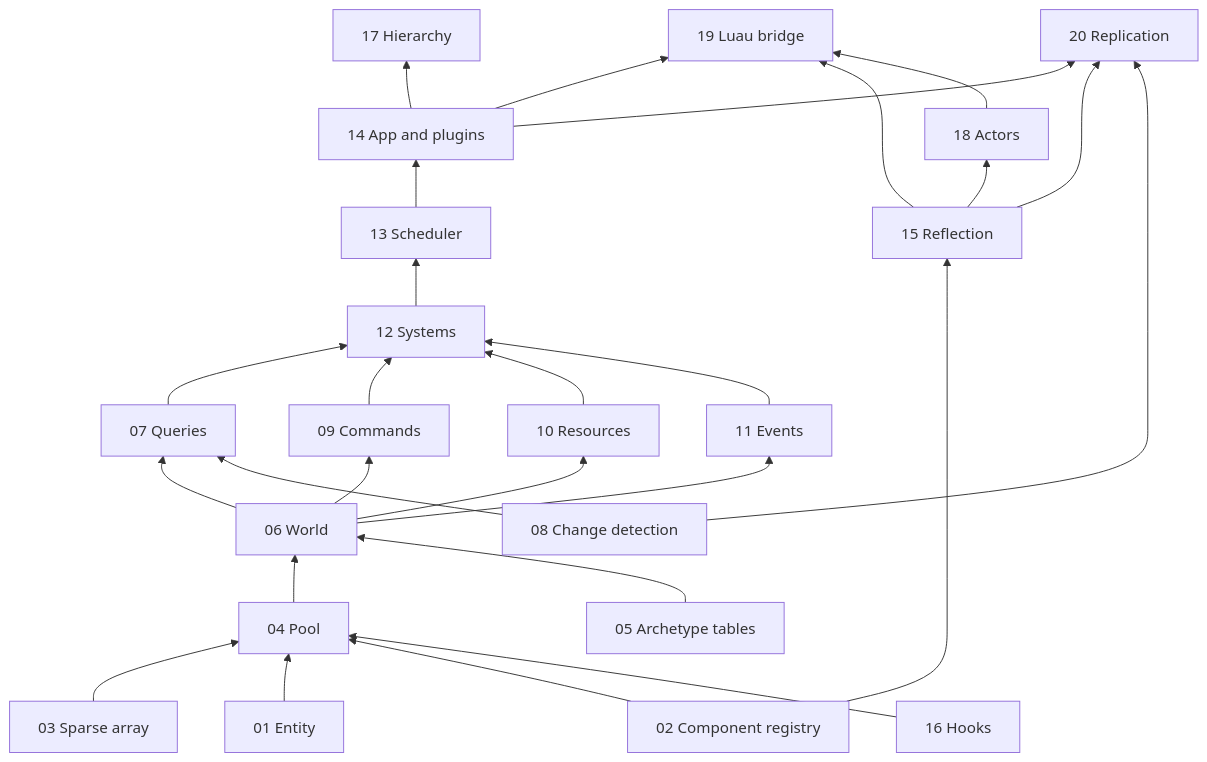
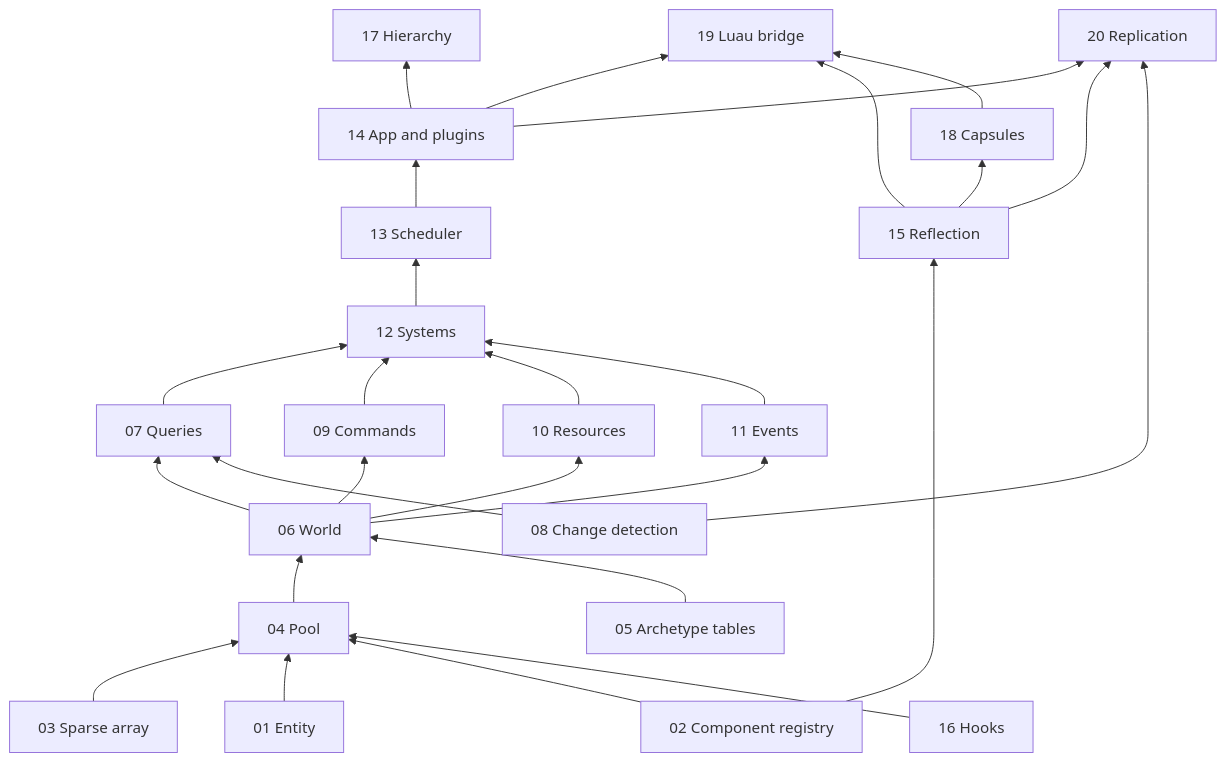
The diagram in docs/ecs/features/README.md (Charles-Mahoudeau/rtype), drawn with Mermaid before and after one commit. The commit also changed 1 other file, not shown here.

Commit message:
docs: describe the capsule format in one place

````diff
--- a/docs/ecs/features/README.md
+++ b/docs/ecs/features/README.md
@@ -48,50 +48,50 @@
 ```mermaid
 flowchart BT
     entity["01 Entity"]
     registry["02 Component registry"]
     sparse["03 Sparse array"]
     pool["04 Pool"]
     tables["05 Archetype tables"]
     world["06 World"]
     queries["07 Queries"]
     change["08 Change detection"]
     commands["09 Commands"]
     resources["10 Resources"]
     events["11 Events"]
     systems["12 Systems"]
     scheduler["13 Scheduler"]
     app["14 App and plugins"]
     reflection["15 Reflection"]
     hooks["16 Hooks"]
     hierarchy["17 Hierarchy"]
-    actors["18 Actors"]
+    actors["18 Capsules"]
     luau["19 Luau bridge"]
     replication["20 Replication"]
 
     sparse --> pool
     entity --> pool
     registry --> pool
     pool --> world
     tables --> world
     hooks --> pool
     world --> queries
     change --> queries
     world --> commands
     world --> resources
     world --> events
     queries --> systems
     commands --> systems
     resources --> systems
     events --> systems
     systems --> scheduler
     scheduler --> app
     registry --> reflection
     app --> hierarchy
     reflection --> actors
     app --> luau
     reflection --> luau
     actors --> luau
     app --> replication
     reflection --> replication
     change --> replication
 ```
````
